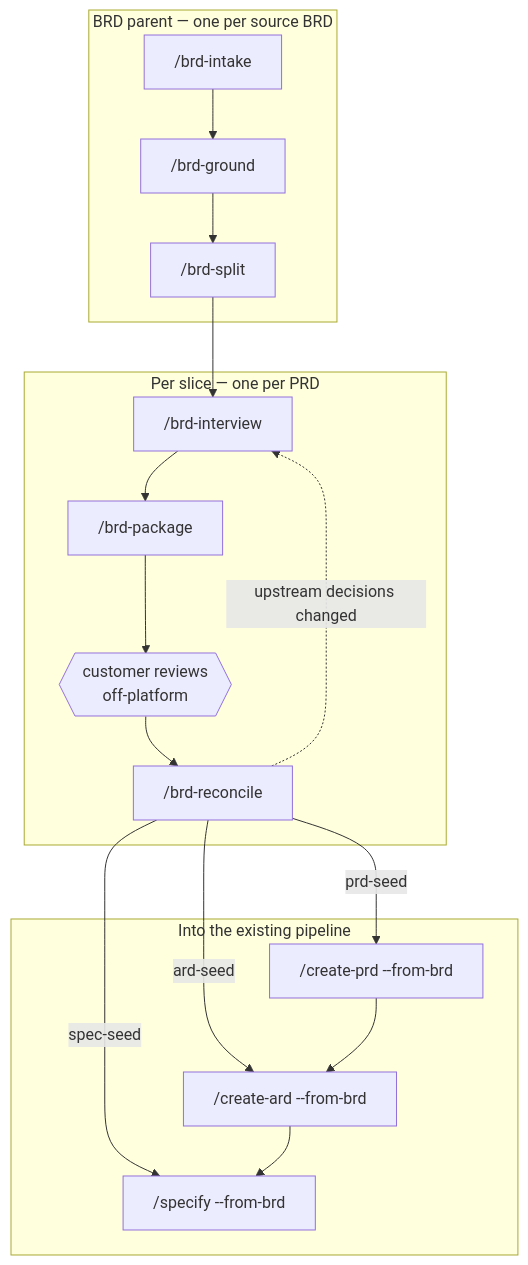
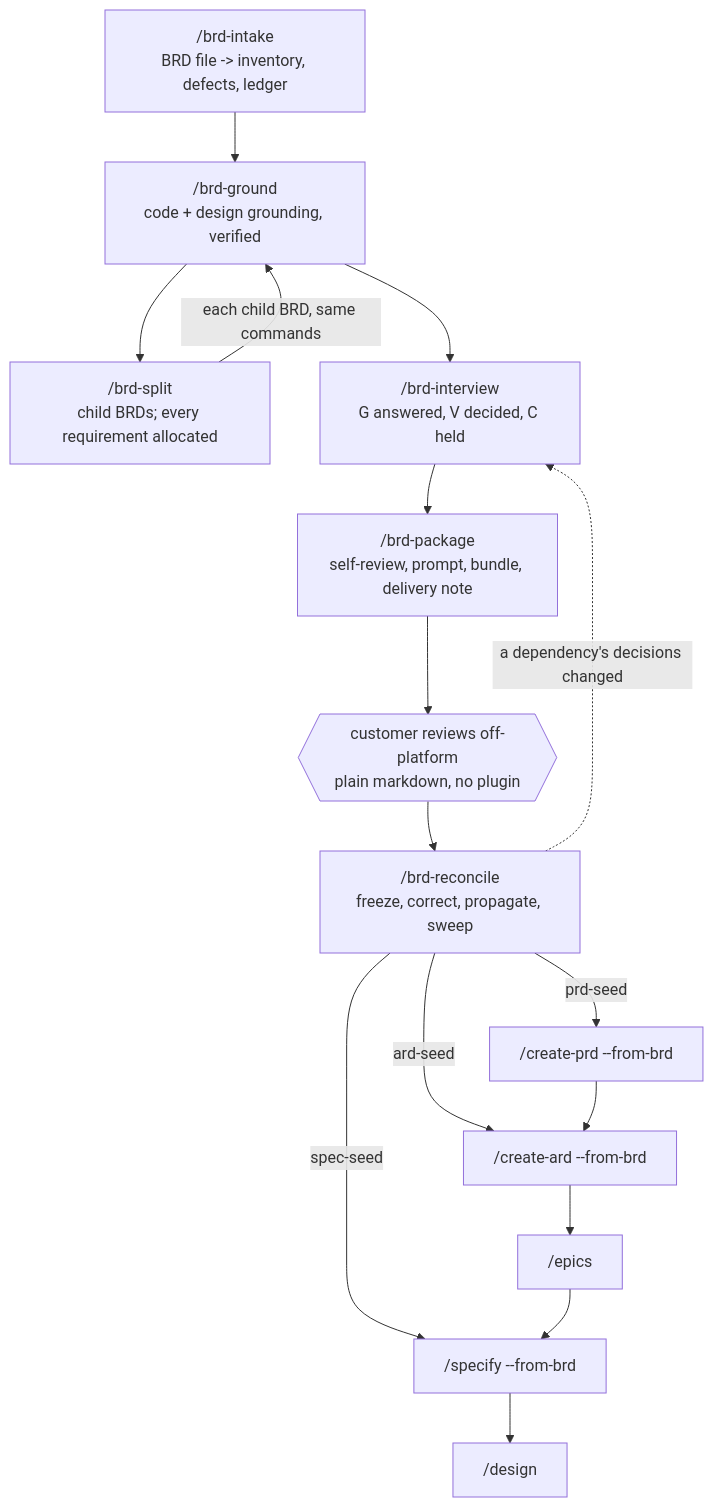
The diagram in docs/superpowers/specs/2026-08-29-brd-to-prd-workflow-design.md (ihudak/ihudak-claude-plugins), drawn with Mermaid before and after one commit. The commit also changed other lines of this file, not shown here.

First line of the commit message:
docs(specs): a slice is a BRD — nested keys, and answer six open questions

````diff
--- a/docs/superpowers/specs/2026-08-29-brd-to-prd-workflow-design.md
+++ b/docs/superpowers/specs/2026-08-29-brd-to-prd-workflow-design.md
@@ -574,25 +658,24 @@
 ```mermaid
 flowchart TD
-    subgraph PARENT["BRD parent — one per source BRD"]
-        intake["/brd-intake"] --> ground["/brd-ground"]
-        ground --> split["/brd-split"]
-    end
-    subgraph SLICE["Per slice — one per PRD"]
-        interview["/brd-interview"] --> package["/brd-package"]
-        package --> wait{{"customer reviews\noff-platform"}}
-        wait --> reconcile["/brd-reconcile"]
-    end
-    subgraph PRDROUTE["Into the existing pipeline"]
-        createprd["/create-prd --from-brd"]
-        createard["/create-ard --from-brd"]
-        specify["/specify --from-brd"]
-    end
+    intake["/brd-intake<br/>BRD file -> inventory, defects, ledger"]
+    ground["/brd-ground<br/>code + design grounding, verified"]
+    split["/brd-split<br/>child BRDs; every requirement allocated"]
+    interview["/brd-interview<br/>G answered, V decided, C held"]
+    package["/brd-package<br/>self-review, prompt, bundle, delivery note"]
+    wait{{"customer reviews off-platform<br/>plain markdown, no plugin"}}
+    reconcile["/brd-reconcile<br/>freeze, correct, propagate, sweep"]
+    createprd["/create-prd --from-brd"]
+    createard["/create-ard --from-brd"]
+    specify["/specify --from-brd"]
+    epics["/epics"]
+    design["/design"]
 
-    split --> interview
+    intake --> ground --> split
+    split -->|"each child BRD, same commands"| ground
+    ground --> interview --> package --> wait --> reconcile
     reconcile -->|prd-seed| createprd
     reconcile -->|ard-seed| createard
     reconcile -->|spec-seed| specify
-    createprd --> createard
-    createard --> specify
-    reconcile -.->|"upstream decisions changed"| interview
+    createprd --> createard --> epics --> specify --> design
+    reconcile -.->|"a dependency's decisions changed"| interview
 ```
````
